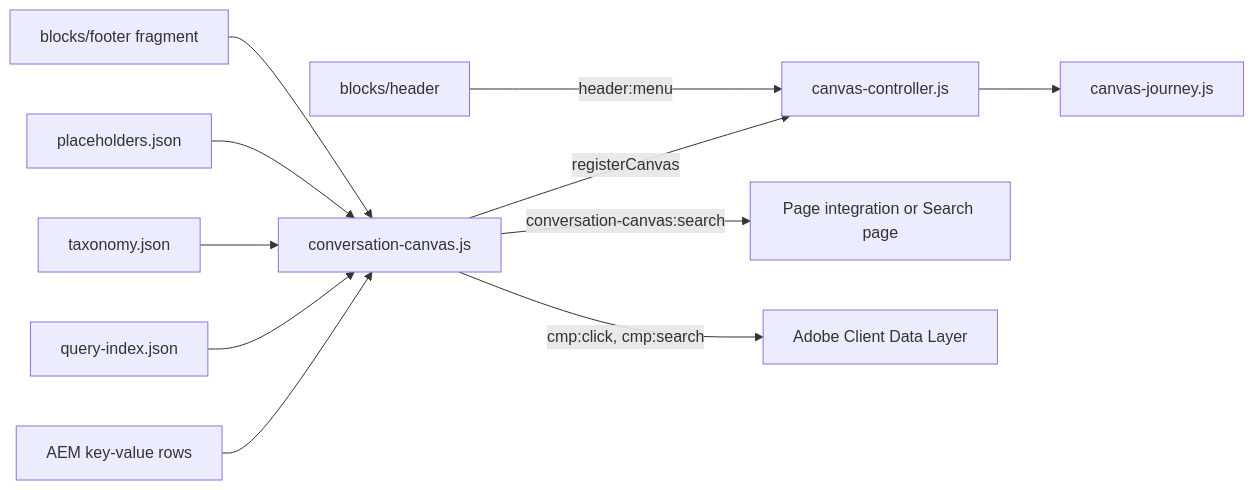
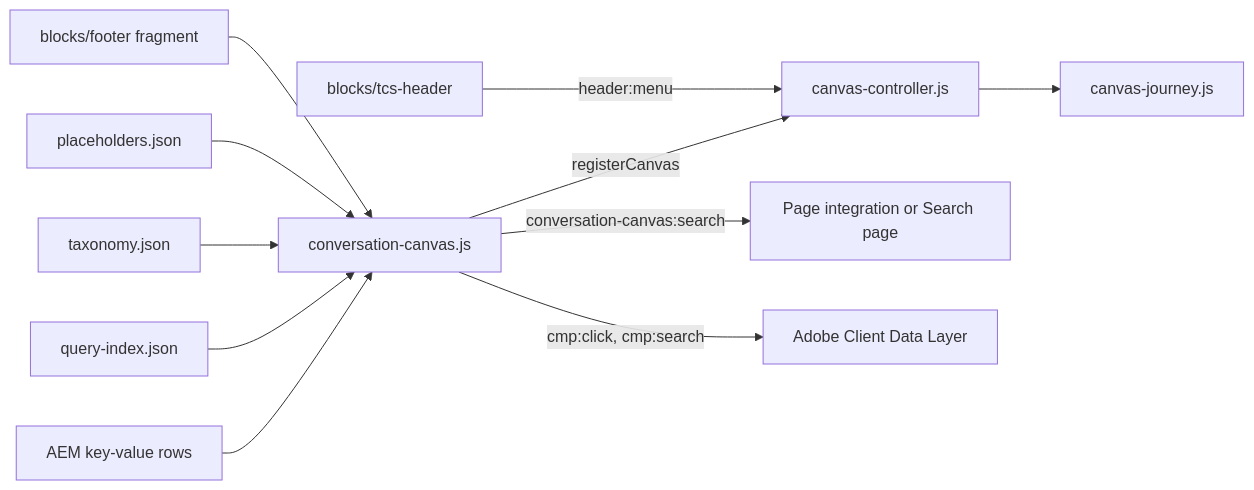
One commit to sradha-tcs/tcs-corp changed the diagram in blocks/conversation-canvas/README.md. Above: the diagram before and after it, drawn with Mermaid. The commit also changed other lines of this file and 36 other files, not shown here.

````diff
--- a/blocks/conversation-canvas/README.md
+++ b/blocks/conversation-canvas/README.md
@@ -927,13 +927,13 @@
 ```mermaid
 graph LR
   AEM[AEM key-value rows] --> CC[conversation-canvas.js]
   QI[query-index.json] --> CC
   TX[taxonomy.json] --> CC
   PH[placeholders.json] --> CC
   CC -->|registerCanvas| CTRL[canvas-controller.js]
   CTRL --> J[canvas-journey.js]
-  HDR[blocks/header] -->|header:menu| CTRL
+  HDR[blocks/tcs-header] -->|header:menu| CTRL
   FTR[blocks/footer fragment] --> CC
   CC -->|conversation-canvas:search| INT[Page integration or Search page]
   CC -->|cmp:click, cmp:search| ACDL[Adobe Client Data Layer]
 ```
````
